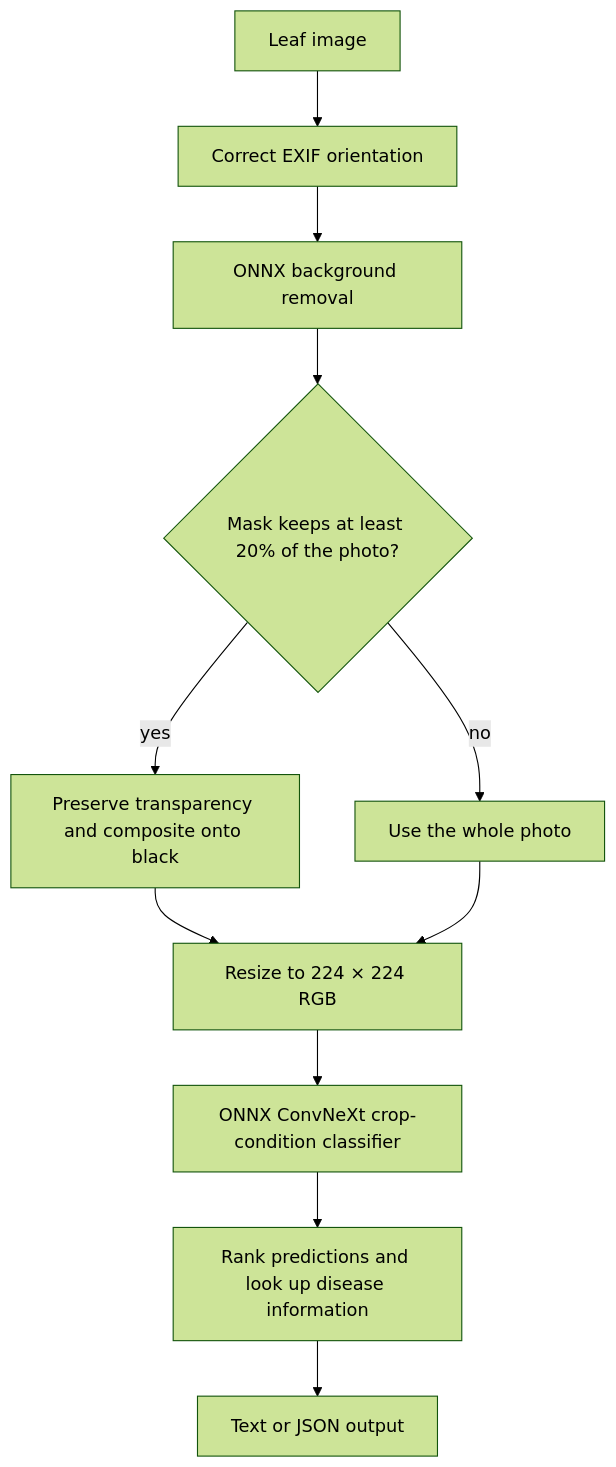
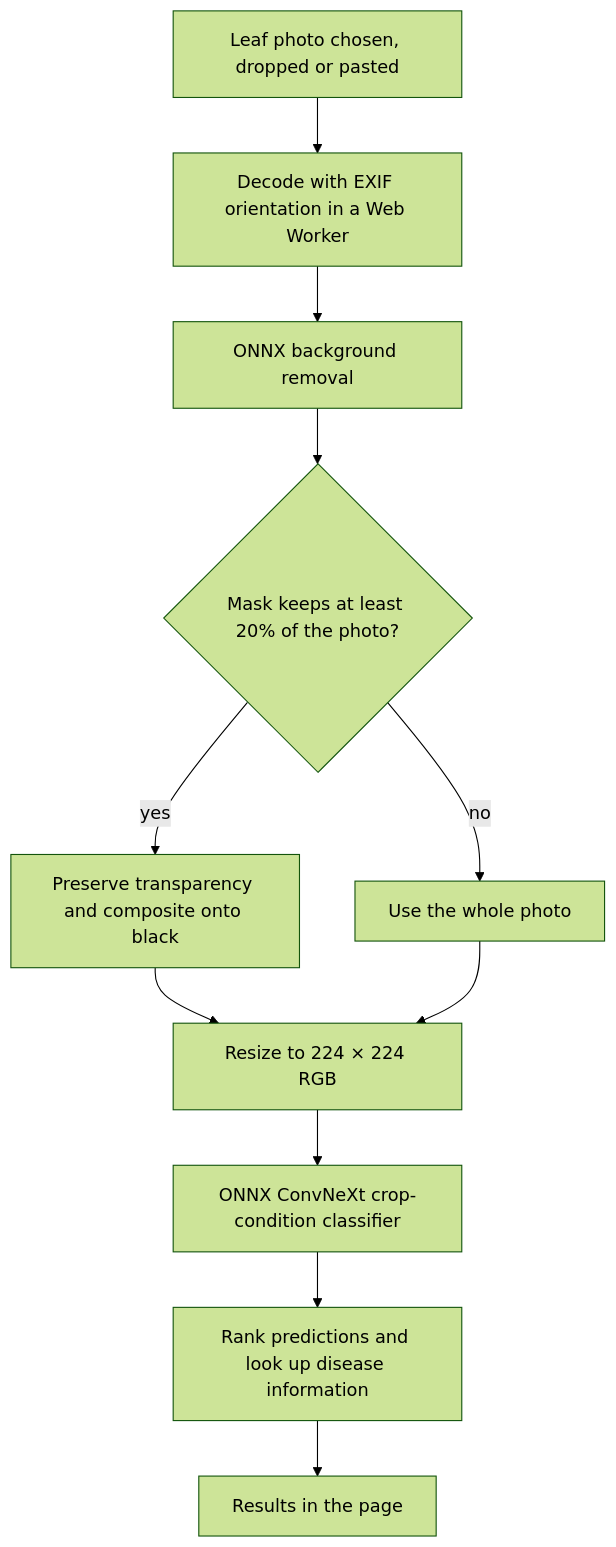
One commit to rasagyavatsal/CropCheckUp changed the diagram in README.md. Above: the diagram before and after it, drawn with Mermaid (forest theme). The commit also changed other lines of this file, not shown here.

Commit message:
docs: describe the web app in the README

````diff
--- a/README.md
+++ b/README.md
@@ -36,13 +37,13 @@
 ```mermaid
 flowchart TD
-    A[Leaf image] --> B[Correct EXIF orientation]
+    A[Leaf photo chosen, dropped or pasted] --> B[Decode with EXIF orientation in a Web Worker]
     B --> C[ONNX background removal]
     C --> D{Mask keeps at least 20% of the photo?}
     D -- yes --> E[Preserve transparency and composite onto black]
     D -- no --> F[Use the whole photo]
     E --> G[Resize to 224 × 224 RGB]
     F --> G
     G --> H[ONNX ConvNeXt crop-condition classifier]
     H --> I[Rank predictions and look up disease information]
-    I --> J[Text or JSON output]
+    I --> J[Results in the page]
 ```
````
